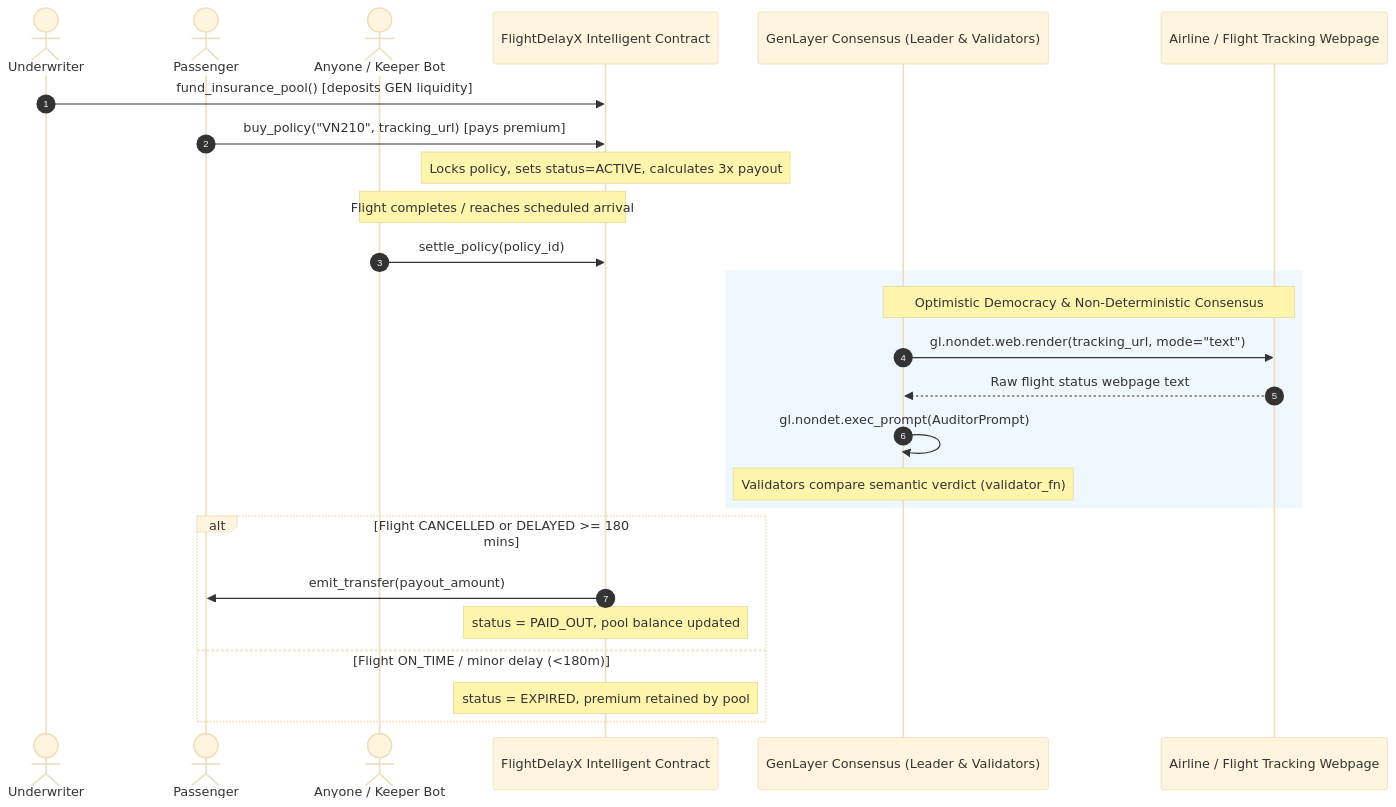
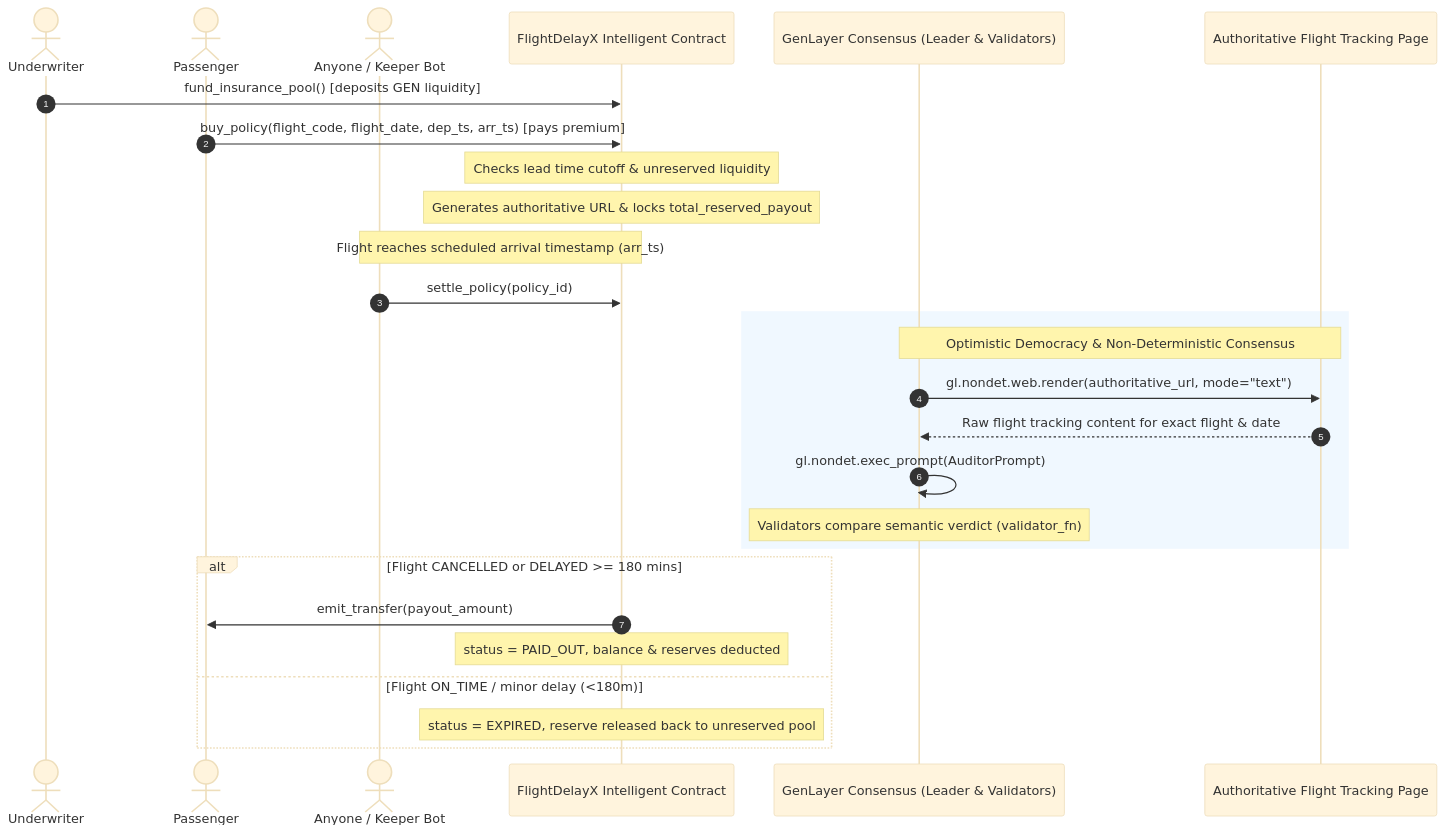
One commit to tuannguyen1995/flight-delay-x changed the diagram in README.md. Above: the diagram before and after it, drawn with Mermaid (base theme). The commit also changed other lines of this file and 5 other files, not shown here.

Commit message:
feat: address steward review - reserve full liability, enforce unreserved liquidity, authoritative URL, and redeploy to studionet

````diff
--- a/README.md
+++ b/README.md
@@ -125,32 +126,33 @@
 ```mermaid
 sequenceDiagram
     autonumber
     actor Underwriter
     actor Passenger
     actor Bot as Anyone / Keeper Bot
     participant Contract as FlightDelayX Intelligent Contract
     participant GenVM as GenLayer Consensus (Leader & Validators)
-    participant Web as Airline / Flight Tracking Webpage
+    participant Web as Authoritative Flight Tracking Page
 
     Underwriter->>Contract: fund_insurance_pool() [deposits GEN liquidity]
-    Passenger->>Contract: buy_policy("VN210", tracking_url) [pays premium]
-    Note over Contract: Locks policy, sets status=ACTIVE, calculates 3x payout
+    Passenger->>Contract: buy_policy(flight_code, flight_date, dep_ts, arr_ts) [pays premium]
+    Note over Contract: Checks lead time cutoff & unreserved liquidity
+    Note over Contract: Generates authoritative URL & locks total_reserved_payout
 
-    Note over Bot,Contract: Flight completes / reaches scheduled arrival
+    Note over Bot,Contract: Flight reaches scheduled arrival timestamp (arr_ts)
     Bot->>Contract: settle_policy(policy_id)
 
     rect rgb(240, 248, 255)
     Note over GenVM,Web: Optimistic Democracy & Non-Deterministic Consensus
-    GenVM->>Web: gl.nondet.web.render(tracking_url, mode="text")
-    Web-->>GenVM: Raw flight status webpage text
+    GenVM->>Web: gl.nondet.web.render(authoritative_url, mode="text")
+    Web-->>GenVM: Raw flight tracking content for exact flight & date
     GenVM->>GenVM: gl.nondet.exec_prompt(AuditorPrompt)
     Note over GenVM: Validators compare semantic verdict (validator_fn)
     end
 
     alt Flight CANCELLED or DELAYED >= 180 mins
         Contract->>Passenger: emit_transfer(payout_amount)
-        Note over Contract: status = PAID_OUT, pool balance updated
+        Note over Contract: status = PAID_OUT, balance & reserves deducted
     else Flight ON_TIME / minor delay (<180m)
-        Note over Contract: status = EXPIRED, premium retained by pool
+        Note over Contract: status = EXPIRED, reserve released back to unreserved pool
     end
 ```
````
